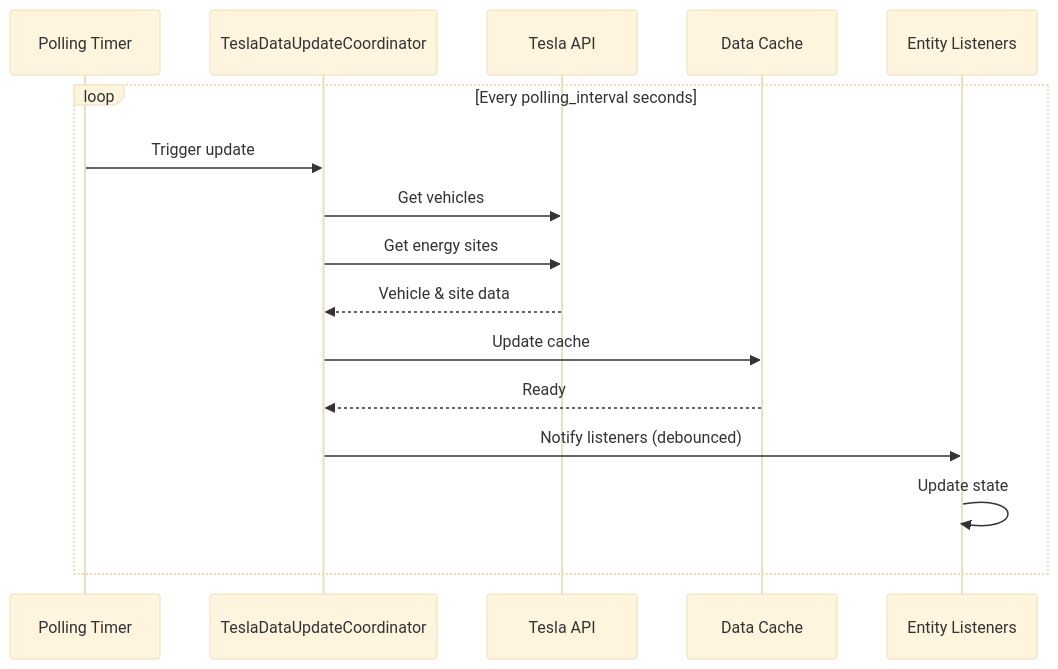
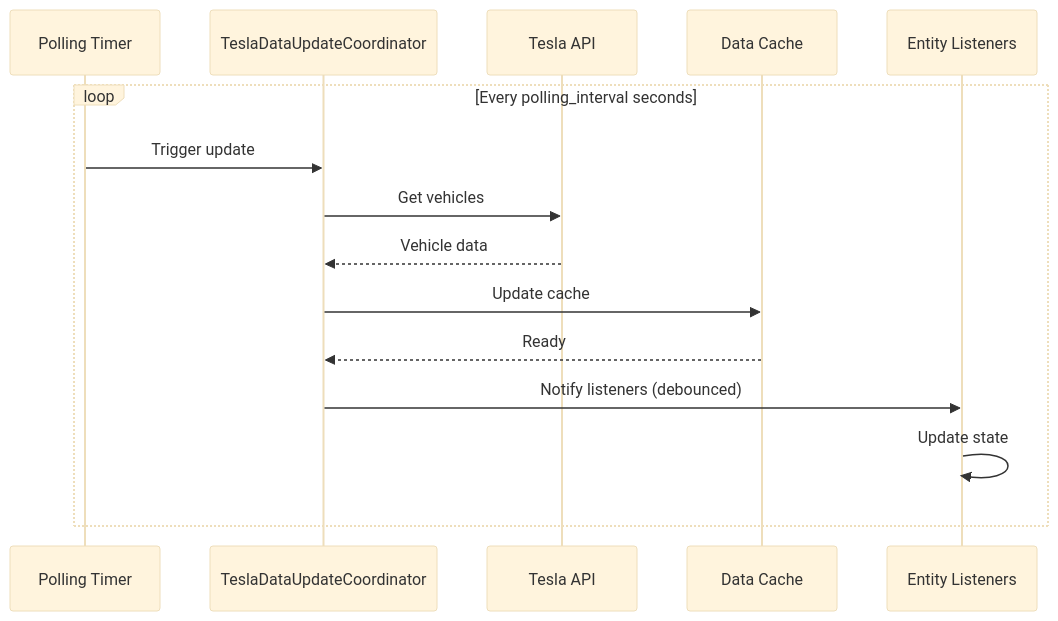
Before and after one commit to grzesiek1711/tesla: the fifth of 12 diagrams in docs/workflows.md, drawn with Mermaid (base theme). The commit also changed other lines of this file and 31 other files, not shown here.

````diff
--- a/docs/workflows.md
+++ b/docs/workflows.md
@@ -201,19 +201,18 @@
 ```mermaid
 sequenceDiagram
     participant Timer as Polling Timer
     participant Coordinator as TeslaDataUpdateCoordinator
     participant API as Tesla API
     participant Cache as Data Cache
     participant Entities as Entity Listeners
 
     loop Every polling_interval seconds
         Timer->>Coordinator: Trigger update
         Coordinator->>API: Get vehicles
-        Coordinator->>API: Get energy sites
-        API-->>Coordinator: Vehicle & site data
+        API-->>Coordinator: Vehicle data
         Coordinator->>Cache: Update cache
         Cache-->>Coordinator: Ready
         Coordinator->>Entities: Notify listeners (debounced)
         Entities->>Entities: Update state
     end
 ```
````
